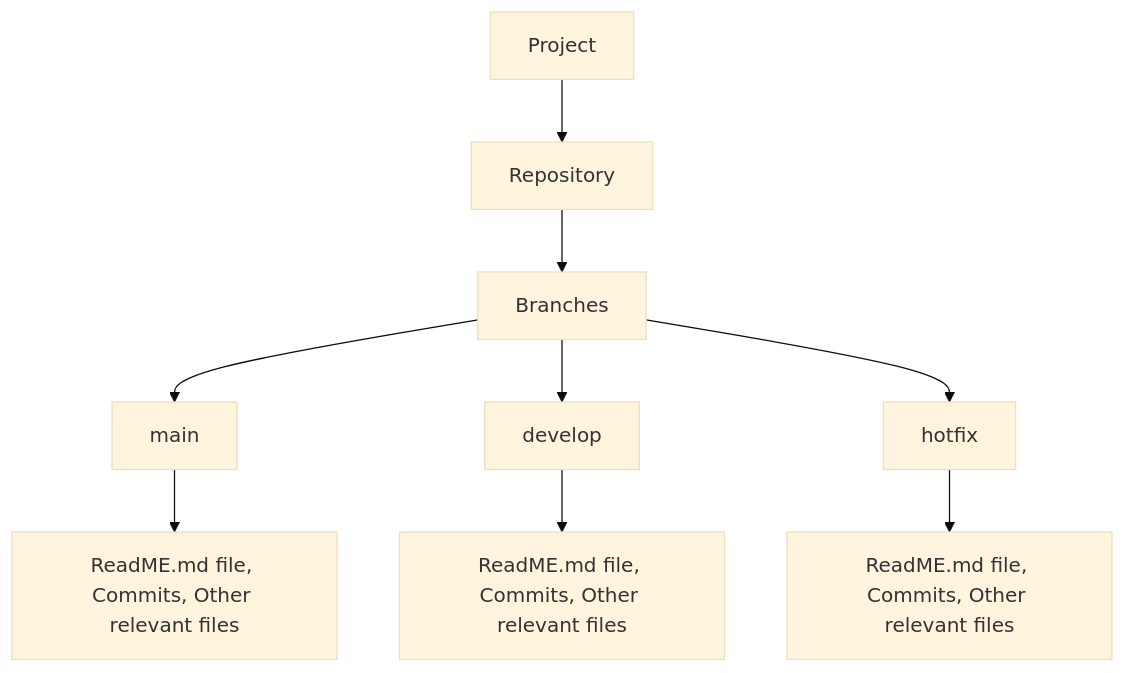
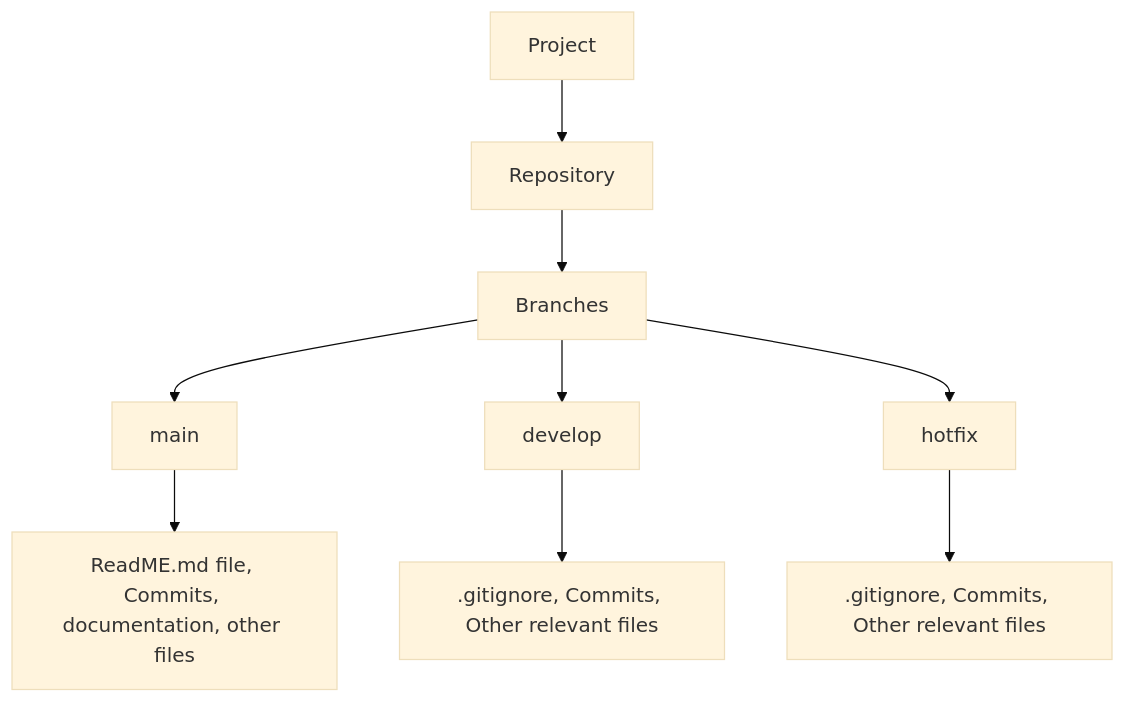
Before and after one commit to angeliiqpearl/CMPG-323-Overview-38148900: the diagram in README.md, drawn with Mermaid (base theme).

````diff
--- a/README.md
+++ b/README.md
@@ -17,12 +17,12 @@
 ```mermaid
 flowchart
 A[Project] --> B[Repository]
 B --> C[Branches]
 C --> D[main]
 C --> E[develop]
 C --> F[hotfix]
-D --> G[ReadME.md file, Commits, Other relevant files]
-E --> H[ReadME.md file, Commits, Other relevant files]
-F --> I[ReadME.md file, Commits, Other relevant files]
+D --> G[ReadME.md file, Commits, documentation, other files]
+E --> H[.gitignore, Commits, Other relevant files]
+F --> I[.gitignore, Commits, Other relevant files]
 
 ```
````
